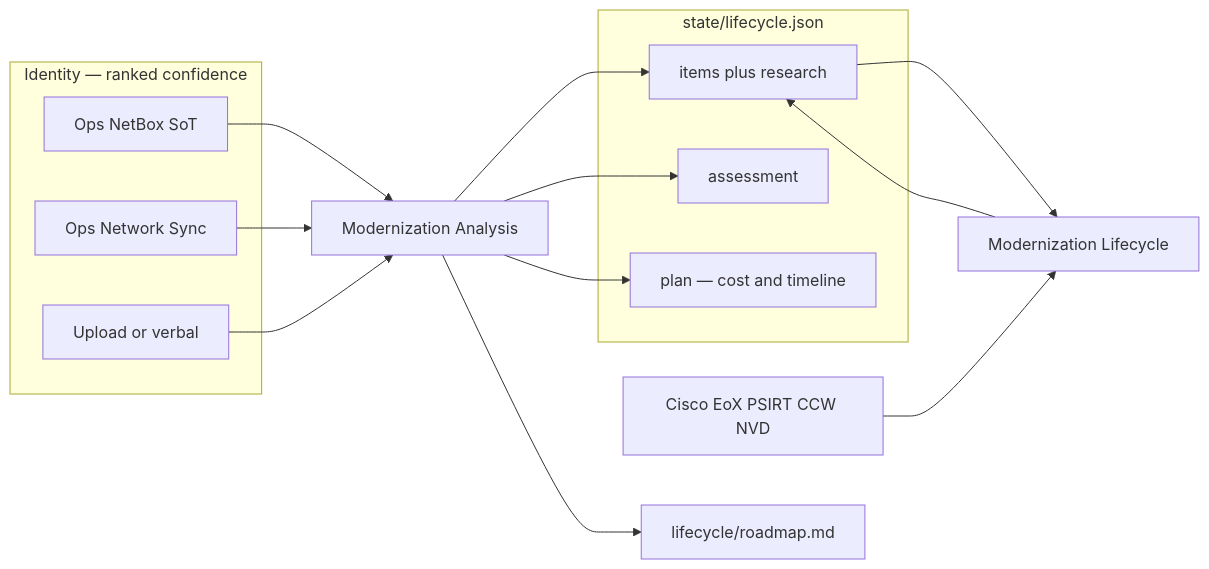
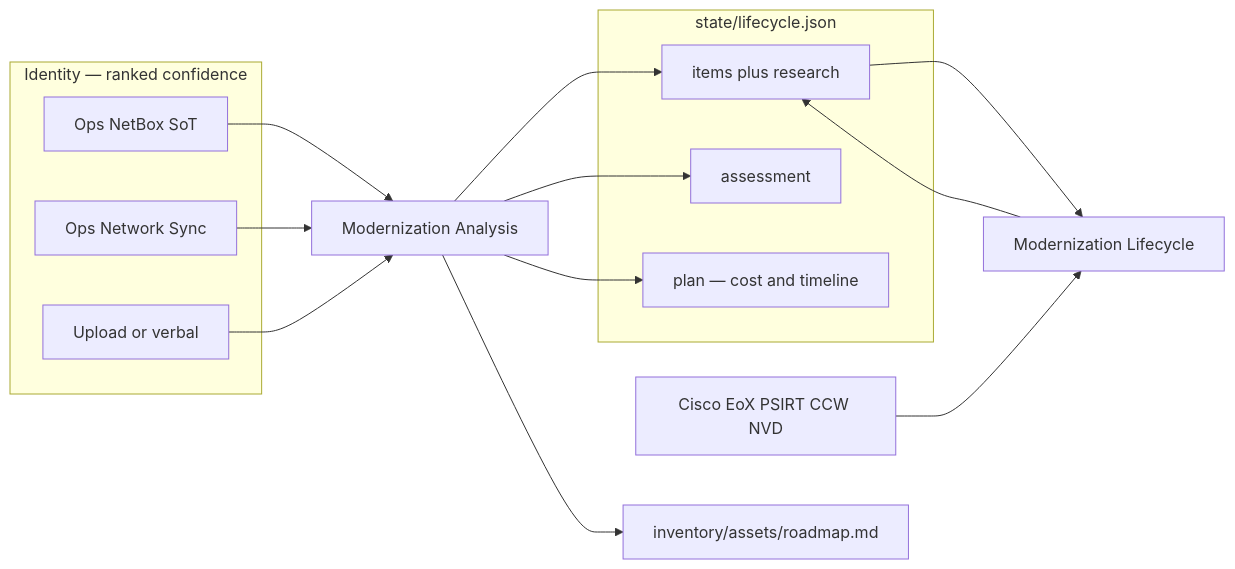
One commit to Presidio-Federal/ai-studio-netops changed the diagram in documentation/modernization-agents.md. Above: the diagram before and after it, drawn with Mermaid. The commit also changed other lines of this file and 40 other files, not shown here.

````diff
--- a/documentation/modernization-agents.md
+++ b/documentation/modernization-agents.md
@@ -16,27 +16,27 @@
 ```mermaid
 flowchart LR
   subgraph ingest [Identity — ranked confidence]
     SoT[Ops NetBox SoT]
     Sync[Ops Network Sync]
     Upload[Upload or verbal]
   end
   subgraph estate [state/lifecycle.json]
     Items[items plus research]
     Assess[assessment]
     Plan[plan — cost and timeline]
   end
   MA[Modernization Analysis]
   ML[Modernization Lifecycle]
   Cisco[Cisco EoX PSIRT CCW NVD]
-  Road[lifecycle/roadmap.md]
+  Road[inventory/assets/roadmap.md]
   SoT --> MA
   Sync --> MA
   Upload --> MA
   MA --> Items
   Items --> ML
   Cisco --> ML
   ML --> Items
   MA --> Assess
   MA --> Plan
   MA --> Road
 ```
````
